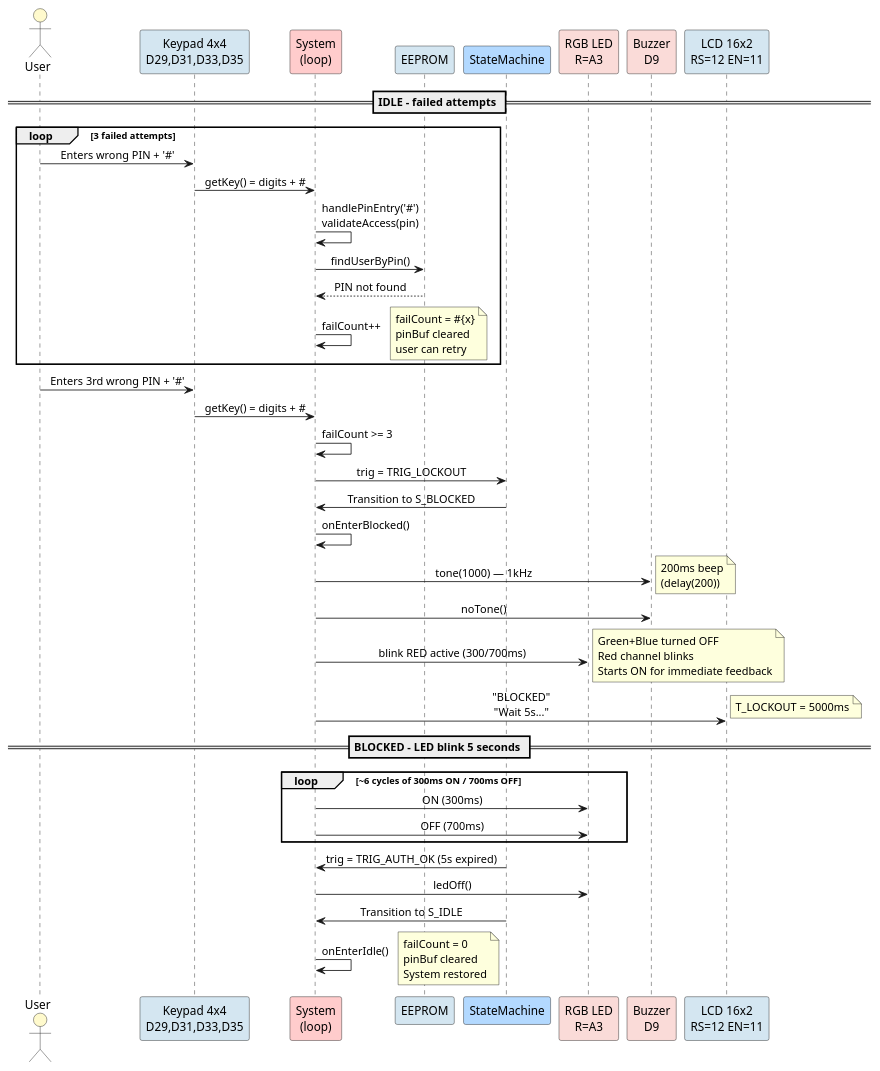
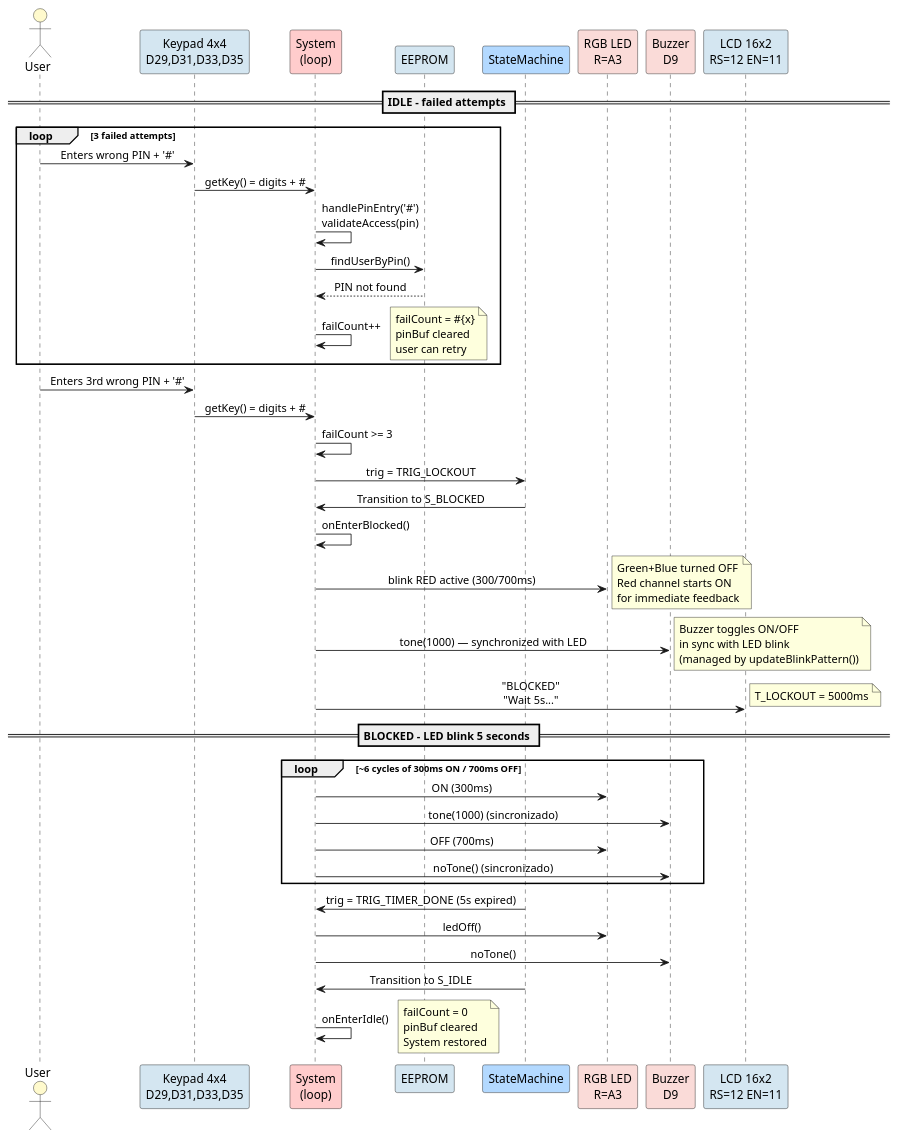
One commit to FernandoMulato/Final-Arduino-Project changed the diagram in docs/UML/sequence-blocked.puml. Above: the diagram before and after it, drawn with PlantUML. The commit also changed 17 other files, not shown here.

```diff
--- a/docs/UML/sequence-blocked.puml
+++ b/docs/UML/sequence-blocked.puml
@@ -1,58 +1,60 @@
 @startuml BlockedAttempts
 ' ====================================================================
 ' Sequence diagram - Block after 3 failed attempts (v4_main.ino)
-' PIN incorrect x3 -> BLOCKED 5s (LED 300/700ms + buzzer beep) -> IDLE
+' PIN incorrect x3 -> BLOCKED 5s (LED 300/700ms + buzzer sync) -> IDLE
 ' ====================================================================
 
 skinparam backgroundColor white
 skinparam defaultFontName SansSerif
 skinparam sequenceMessageAlign center
 
 actor "User" as USR #FFFACD
 participant "Keypad 4x4\nD29,D31,D33,D35" as KPD #D4E6F1
 participant "System\n(loop)" as SYS #FFCCCC
 participant "EEPROM" as EEP #D4E6F1
 participant "StateMachine" as FSM #B3D9FF
 participant "RGB LED\nR=A3" as RGB #FADBD8
 participant "Buzzer\nD9" as BUZ #FADBD8
 participant "LCD 16x2\nRS=12 EN=11" as LCD #D4E6F1
 
 == IDLE - failed attempts ==
 
 loop 3 failed attempts
   USR -> KPD: Enters wrong PIN + '#'
   KPD -> SYS: getKey() = digits + #
   SYS -> SYS: handlePinEntry('#')\nvalidateAccess(pin)
   SYS -> EEP: findUserByPin()
   EEP --> SYS: PIN not found
   SYS -> SYS: failCount++
   note right: failCount = #{x}\npinBuf cleared\nuser can retry
 end
 
 USR -> KPD: Enters 3rd wrong PIN + '#'
 KPD -> SYS: getKey() = digits + #
 SYS -> SYS: failCount >= 3
 SYS -> FSM: trig = TRIG_LOCKOUT
 FSM -> SYS: Transition to S_BLOCKED
 SYS -> SYS: onEnterBlocked()
-SYS -> BUZ: tone(1000) — 1kHz
-note right: 200ms beep\n(delay(200))
-SYS -> BUZ: noTone()
 SYS -> RGB: blink RED active (300/700ms)
-note right: Green+Blue turned OFF\nRed channel blinks\nStarts ON for immediate feedback
+note right: Green+Blue turned OFF\nRed channel starts ON\nfor immediate feedback
+SYS -> BUZ: tone(1000) — synchronized with LED
+note right: Buzzer toggles ON/OFF\nin sync with LED blink\n(managed by updateBlinkPattern())
 SYS -> LCD: "BLOCKED"\n"Wait 5s..."
 
 == BLOCKED - LED blink 5 seconds ==
 note right: T_LOCKOUT = 5000ms
 loop ~6 cycles of 300ms ON / 700ms OFF
   SYS -> RGB: ON (300ms)
+  SYS -> BUZ: tone(1000) (sincronizado)
   SYS -> RGB: OFF (700ms)
+  SYS -> BUZ: noTone() (sincronizado)
 end
 
-FSM -> SYS: trig = TRIG_AUTH_OK (5s expired)
+FSM -> SYS: trig = TRIG_TIMER_DONE (5s expired)
 SYS -> RGB: ledOff()
+SYS -> BUZ: noTone()
 FSM -> SYS: Transition to S_IDLE
 SYS -> SYS: onEnterIdle()
 note right: failCount = 0\npinBuf cleared\nSystem restored
 
 @enduml
```
